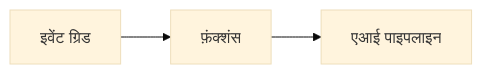
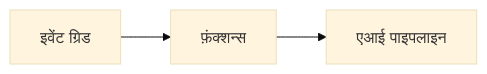
Before and after one commit to microsoft/AZD-for-beginners: the second of 2 diagrams in translations/hi/docs/chapter-08-production/README.md, drawn with Mermaid (base theme). The commit also changed other lines of this file and 104 other files, not shown here.

````diff
--- a/translations/hi/docs/chapter-08-production/README.md
+++ b/translations/hi/docs/chapter-08-production/README.md
@@ -56,4 +57,4 @@
 ```mermaid
 graph LR
-    EventGrid[इवेंट ग्रिड] --> Functions[फ़ंक्शंस] --> Pipeline[एआई पाइपलाइन]
+    EventGrid[इवेंट ग्रिड] --> Functions[फ़ंक्शन्स] --> Pipeline[एआई पाइपलाइन]
 ```
````
